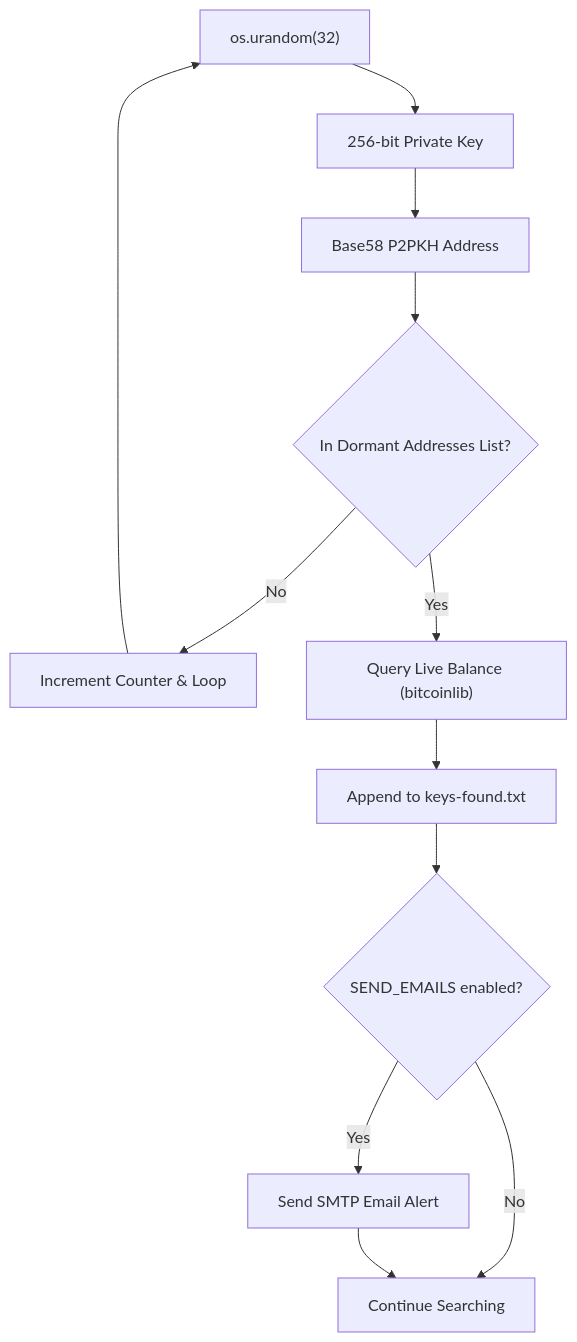
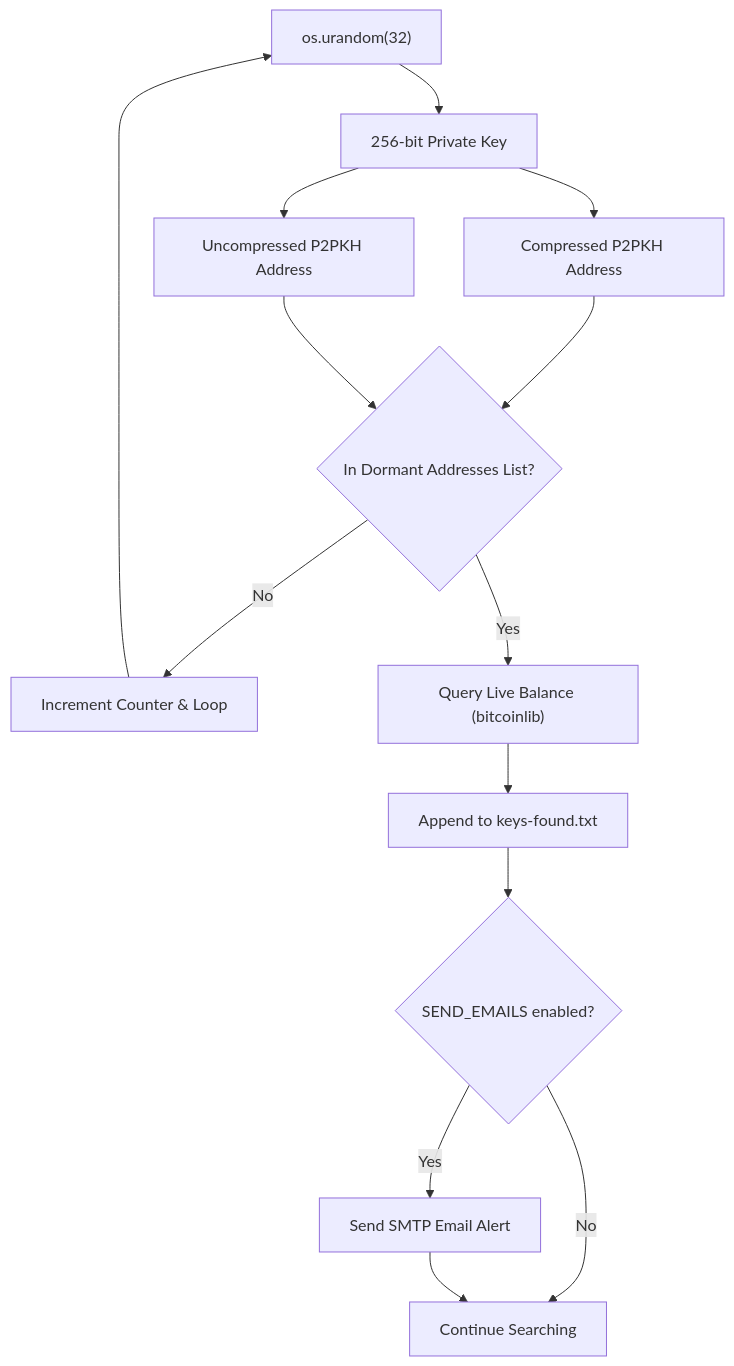
The diagram in readme.md (mkhaled87/DormantBitcoinHunter), drawn with Mermaid before and after one commit. The commit also changed other lines of this file and 6 other files, not shown here.

````diff
--- a/readme.md
+++ b/readme.md
@@ -108,14 +147,16 @@
 ```mermaid
 flowchart TD
     A["os.urandom(32)"] --> B["256-bit Private Key"]
-    B --> C["Base58 P2PKH Address"]
-    C --> D{"In Dormant Addresses List?"}
+    B --> C1["Compressed P2PKH Address"]
+    B --> C2["Uncompressed P2PKH Address"]
+    C1 --> D{"In Dormant Addresses List?"}
+    C2 --> D
     D -- No --> E["Increment Counter & Loop"]
     E --> A
     D -- Yes --> F["Query Live Balance (bitcoinlib)"]
     F --> G["Append to keys-found.txt"]
     G --> H{"SEND_EMAILS enabled?"}
     H -- Yes --> I["Send SMTP Email Alert"]
     H -- No --> J["Continue Searching"]
     I --> J
 ```
````
